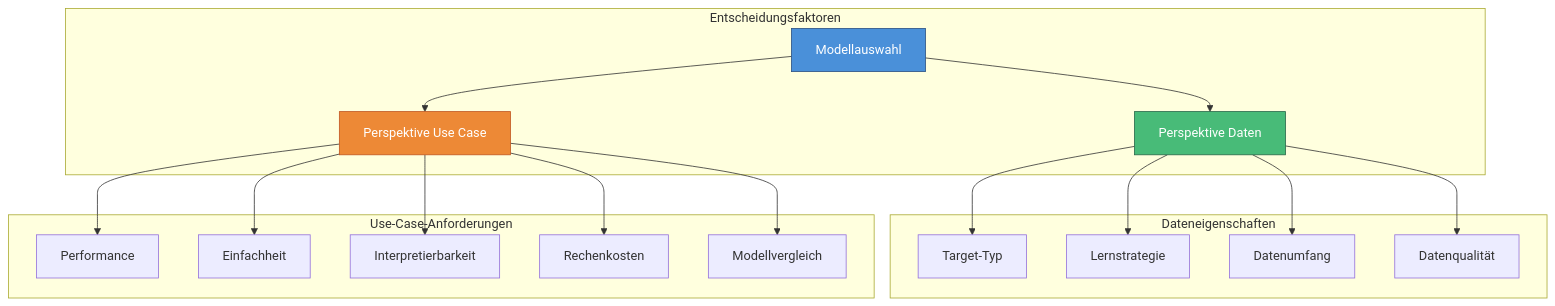
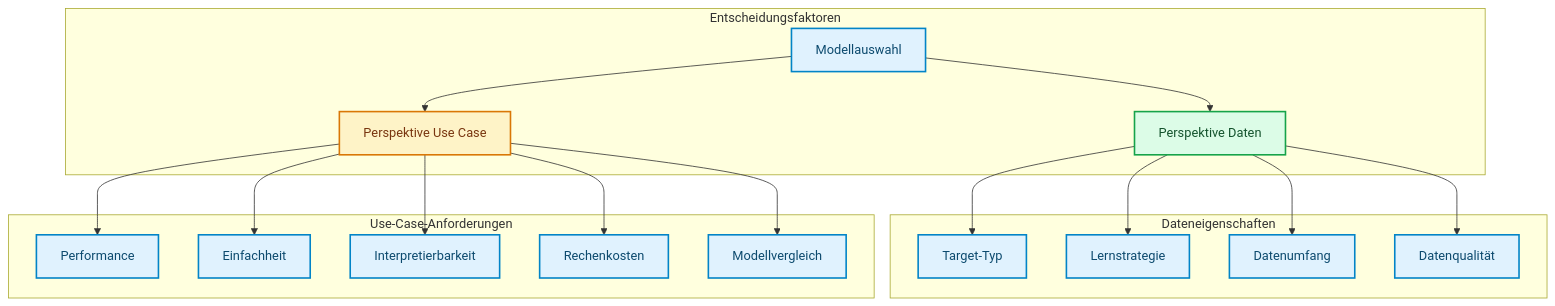
The first of 4 diagrams in docs/concepts/modeling/modellauswahl.md (ralf-42/ML_Intro), drawn with Mermaid before and after one commit. The commit also changed other lines of this file and 67 other files, not shown here.

````diff
--- a/docs/concepts/modeling/modellauswahl.md
+++ b/docs/concepts/modeling/modellauswahl.md
@@ -31,27 +31,29 @@
 ```mermaid
 flowchart TB
     subgraph Entscheidungsfaktoren
         A[Modellauswahl]
         A --> B[Perspektive Daten]
         A --> C[Perspektive Use Case]
     end
     
     subgraph Daten["Dateneigenschaften"]
         B --> D[Target-Typ]
         B --> E[Lernstrategie]
         B --> F[Datenumfang]
         B --> G[Datenqualität]
     end
     
     subgraph UseCase["Use-Case-Anforderungen"]
         C --> H[Performance]
         C --> I[Einfachheit]
         C --> J[Interpretierbarkeit]
         C --> K[Rechenkosten]
         C --> L[Modellvergleich]
     end
-    
-    style A fill:#4a90d9,stroke:#2c5282,color:#fff
-    style B fill:#48bb78,stroke:#276749,color:#fff
-    style C fill:#ed8936,stroke:#c05621,color:#fff
+
+    classDef default fill:#e0f2fe,stroke:#0284c7,stroke-width:2px,color:#0c4a6e;
+    classDef metric fill:#fef3c7,stroke:#d97706,stroke-width:2px,color:#78350f;
+    classDef output fill:#dcfce7,stroke:#16a34a,stroke-width:2px,color:#14532d;
+    class C metric;
+    class B output;
 ```
````
